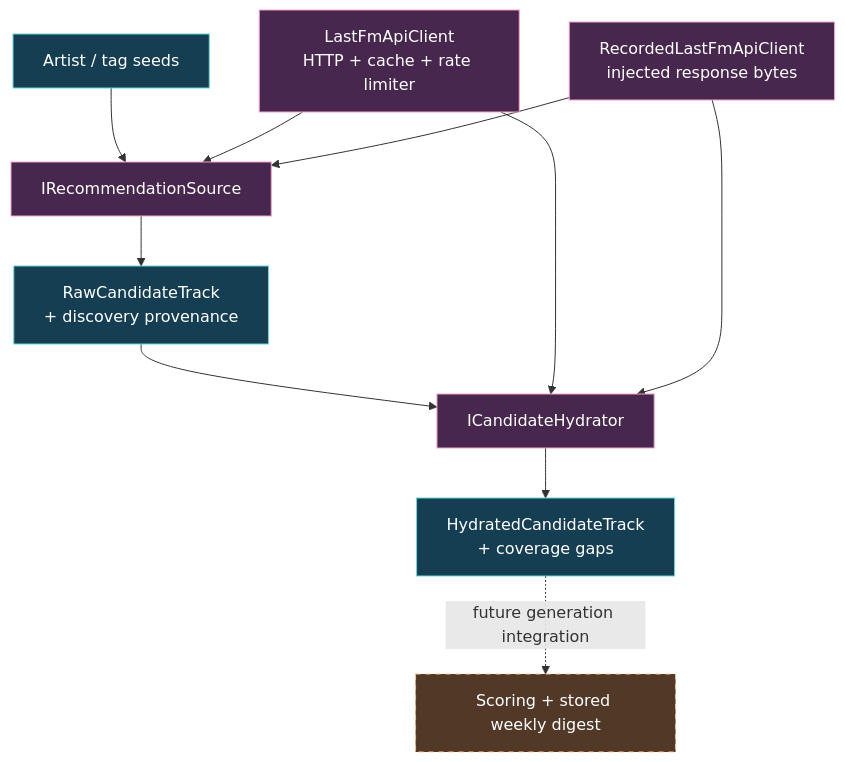
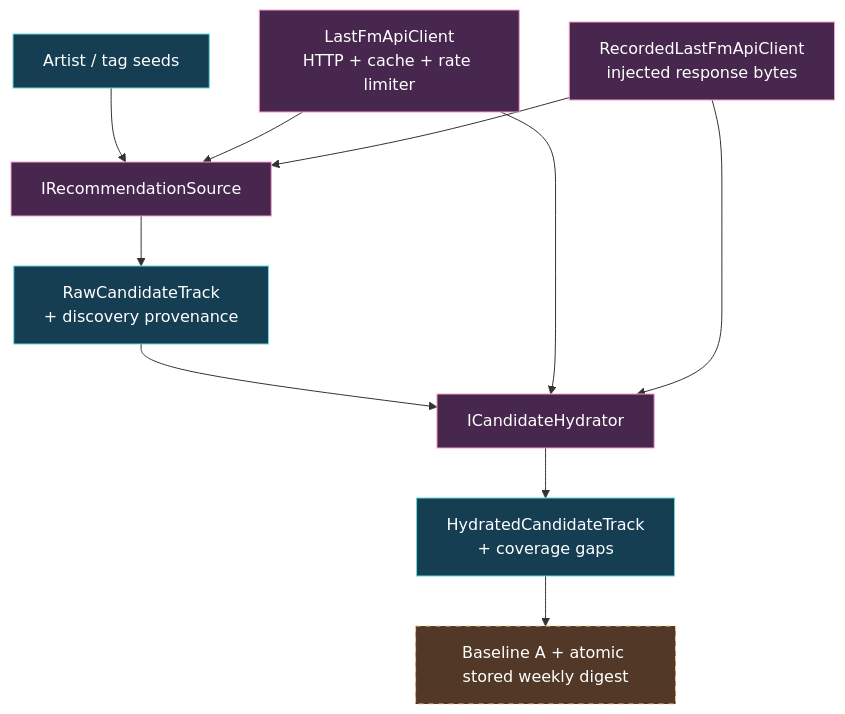
The fourth of 4 diagrams in README-Developer.md (Jafarli-Mahammad/Liner-Notes), drawn with Mermaid before and after one commit. The commit also changed other lines of this file and 17 other files, not shown here.

````diff
--- a/README-Developer.md
+++ b/README-Developer.md
@@ -193,18 +195,18 @@
 ```mermaid
 flowchart TB
     Seeds["Artist / tag seeds"] --> Source["IRecommendationSource"]
     Source --> Raw["RawCandidateTrack<br>+ discovery provenance"]
     Raw --> Hydrator["ICandidateHydrator"]
     Hydrator --> Evidence["HydratedCandidateTrack<br>+ coverage gaps"]
     HTTP["LastFmApiClient<br>HTTP + cache + rate limiter"] --> Source
     HTTP --> Hydrator
     Replay["RecordedLastFmApiClient<br>injected response bytes"] --> Source
     Replay --> Hydrator
-    Evidence -. "future generation integration" .-> Stored["Scoring + stored weekly digest"]
+    Evidence --> Stored["Baseline A + atomic stored weekly digest"]
     classDef adapter fill:#48274e,color:#fff,stroke:#f4a1ca
     classDef model fill:#153e53,color:#fff,stroke:#67d8da
     classDef planned fill:#513827,color:#fff,stroke:#ffc58f,stroke-dasharray:5 5
     class HTTP,Replay,Source,Hydrator adapter
     class Seeds,Raw,Evidence model
     class Stored planned
 ```
````
